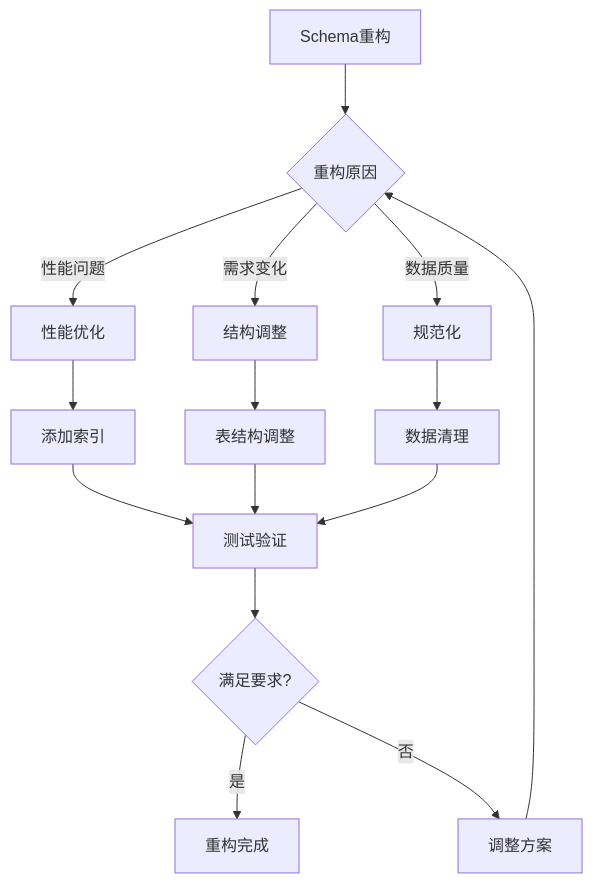
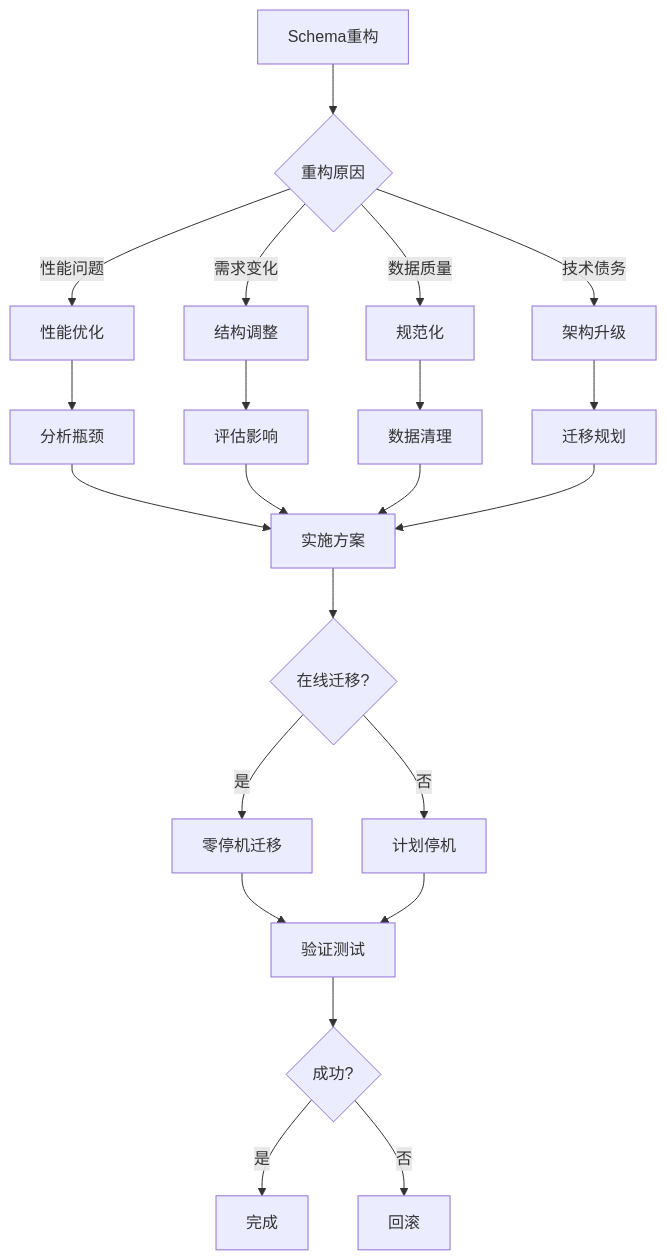
One commit to AdaMartin18010/Data-Science changed diagram 23 of 24 in Design/07-数据库设计实践/07.01-Schema设计方法论.md. Above: the diagram before and after it, drawn with Mermaid. The commit also changed other lines of this file and 55 other files, not shown here.

````diff
--- a/Design/07-数据库设计实践/07.01-Schema设计方法论.md
+++ b/Design/07-数据库设计实践/07.01-Schema设计方法论.md
@@ -560,21 +1550,29 @@
 ```mermaid
 flowchart TD
     A[Schema重构] --> B{重构原因}
 
     B -->|性能问题| C[性能优化]
     B -->|需求变化| D[结构调整]
     B -->|数据质量| E[规范化]
+    B -->|技术债务| F[架构升级]
 
-    C --> F[添加索引]
-    D --> G[表结构调整]
-    E --> H[数据清理]
+    C --> G[分析瓶颈]
+    D --> H[评估影响]
+    E --> I[数据清理]
+    F --> J[迁移规划]
 
-    F --> I[测试验证]
-    G --> I
-    H --> I
+    G --> K[实施方案]
+    H --> K
+    I --> K
+    J --> K
 
-    I --> J{满足要求?}
-    J -->|是| K[重构完成]
-    J -->|否| L[调整方案]
-    L --> B
+    K --> L{在线迁移?}
+    L -->|是| M[零停机迁移]
+    L -->|否| N[计划停机]
+
+    M --> O[验证测试]
+    N --> O
+    O --> P{成功?}
+    P -->|是| Q[完成]
+    P -->|否| R[回滚]
 ```
````
